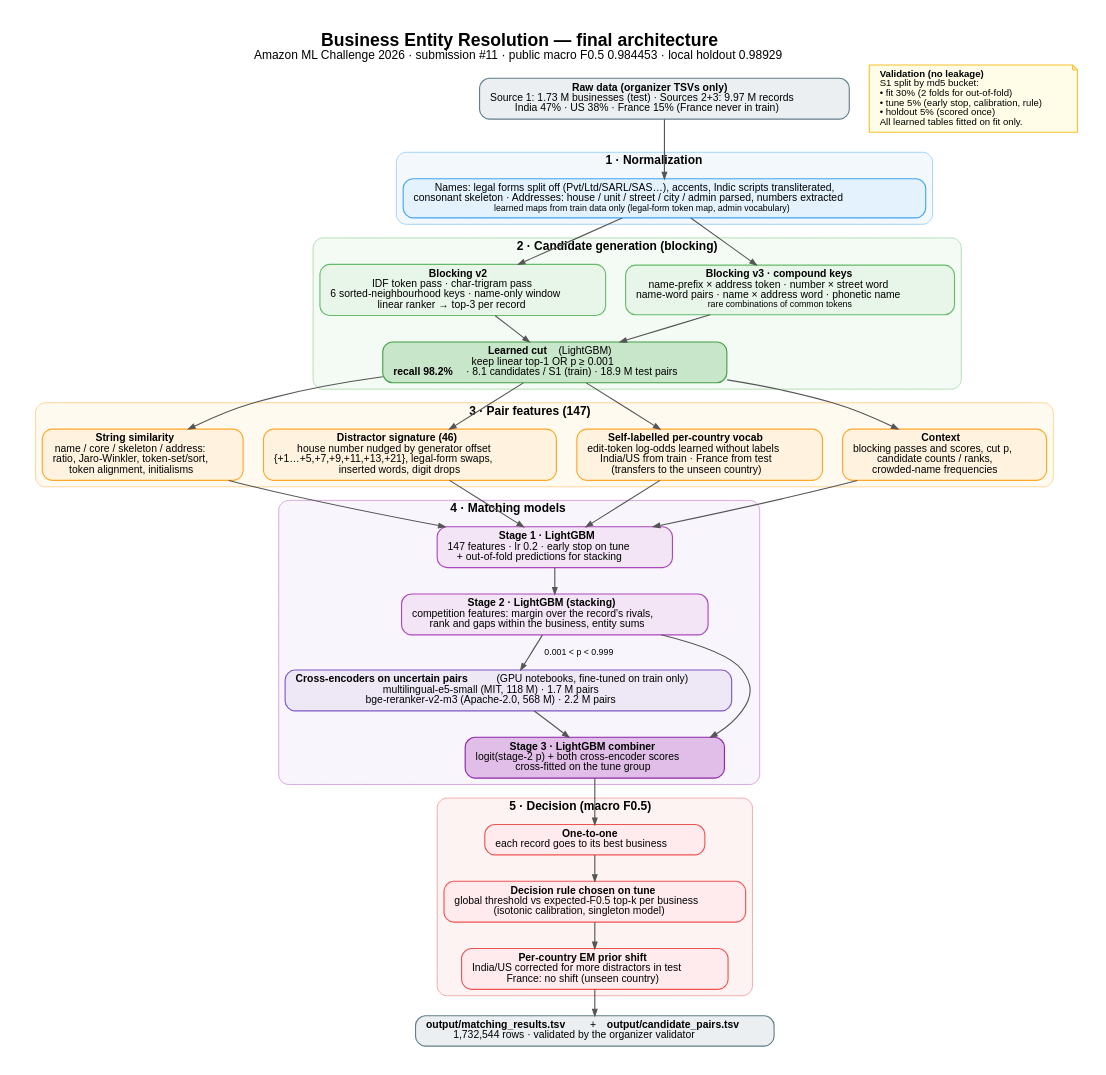
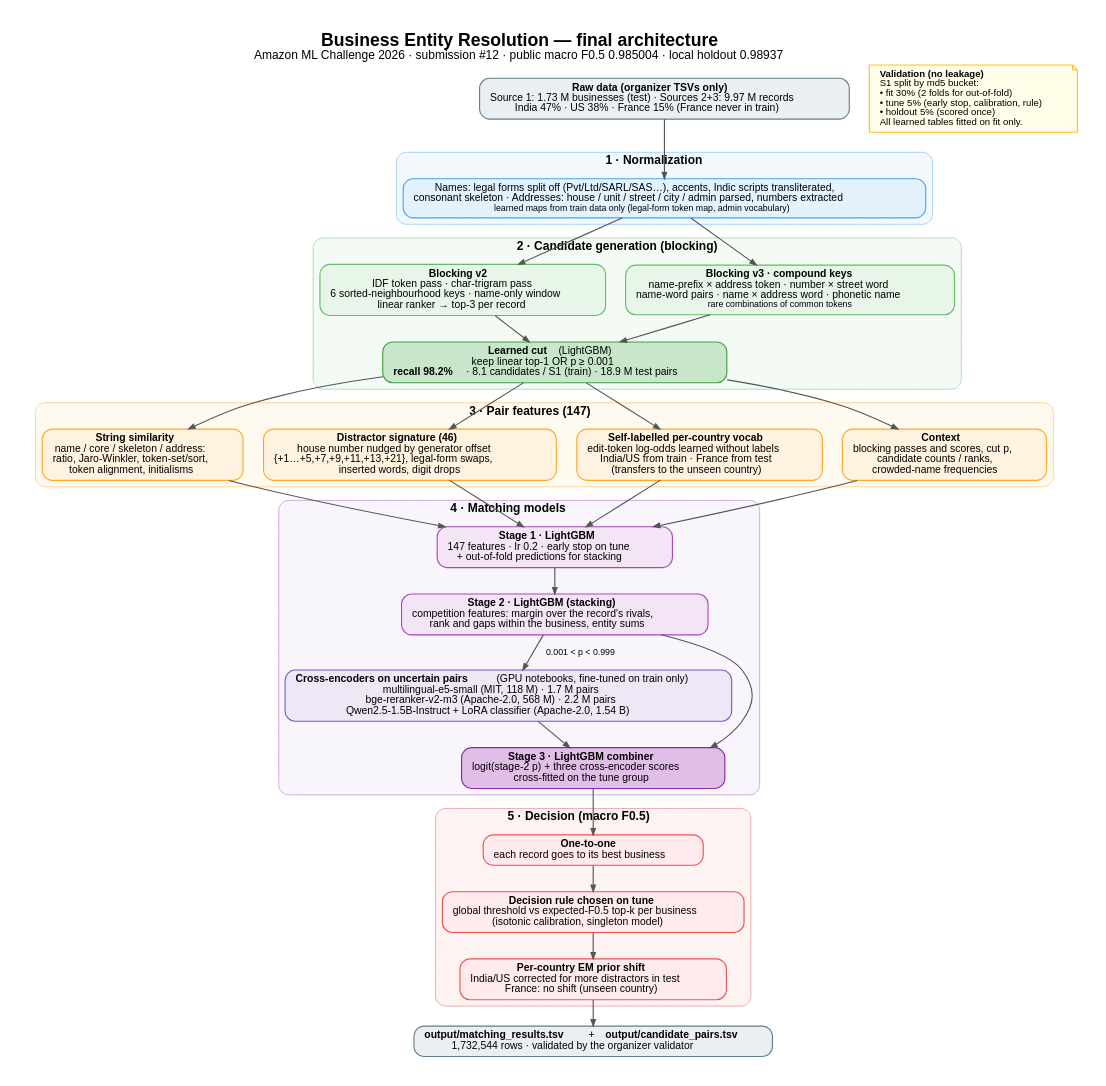
The diagram in docs/diagrams/final_architecture.dot (Dharaneswara-Reddy/amazon-ml-challenge-2026), drawn with Graphviz before and after one commit. The commit also changed 4 other files, not shown here.

Commit message:
Docs, README and diagram updated to best submission #12 (e5+bge+qwen); log stage-3 context experiment (not adopted)

```diff
--- a/docs/diagrams/final_architecture.dot
+++ b/docs/diagrams/final_architecture.dot
@@ -1,62 +1,62 @@
-// Final architecture of the submitted solution (#11, public 0.984453, local holdout 0.98929).
+// Final architecture of the submitted solution (#12, public 0.985004, local holdout 0.98937).
 // Render: dot -Tpng -Gdpi=180 final_architecture.dot -o final_architecture.png
 digraph arch {
   graph [rankdir=TB, fontname="Helvetica", fontsize=22, labelloc=t, nodesep=0.35, ranksep=0.45, pad=0.4,
-         label=<<B>Business Entity Resolution — final architecture</B><BR/><FONT POINT-SIZE="15">Amazon ML Challenge 2026 · submission #11 · public macro F0.5 0.984453 · local holdout 0.98929</FONT>>];
+         label=<<B>Business Entity Resolution — final architecture</B><BR/><FONT POINT-SIZE="15">Amazon ML Challenge 2026 · submission #12 · public macro F0.5 0.985004 · local holdout 0.98937</FONT>>];
   node  [shape=box, style="rounded,filled", fontname="Helvetica", fontsize=13, penwidth=1.4, margin="0.18,0.08"];
   edge  [color="#555555", penwidth=1.4, arrowsize=0.8, fontname="Helvetica", fontsize=11];
 
   input [label=<<B>Raw data (organizer TSVs only)</B><BR/>Source 1: 1.73 M businesses (test) · Sources 2+3: 9.97 M records<BR/>India 47% · US 38% · France 15% (France never in train)>, fillcolor="#eceff1", color="#607d8b"];
 
   subgraph cluster_norm {
     label=<<B>1 · Normalization</B>>; style="rounded,filled"; fillcolor="#f3f8fd"; color="#90caf9"; fontsize=15;
     norm [label=<Names: legal forms split off (Pvt/Ltd/SARL/SAS…), accents, Indic scripts transliterated,<BR/>consonant skeleton · Addresses: house / unit / street / city / admin parsed, numbers extracted<BR/><FONT POINT-SIZE="11">learned maps from train data only (legal-form token map, admin vocabulary)</FONT>>, fillcolor="#e3f2fd", color="#42a5f5"];
   }
 
   subgraph cluster_block {
     label=<<B>2 · Candidate generation (blocking)</B>>; style="rounded,filled"; fillcolor="#f3fbf4"; color="#a5d6a7"; fontsize=15;
     b2 [label=<<B>Blocking v2</B><BR/>IDF token pass · char-trigram pass<BR/>6 sorted-neighbourhood keys · name-only window<BR/>linear ranker → top-3 per record>, fillcolor="#e8f5e9", color="#66bb6a"];
     b3 [label=<<B>Blocking v3 · compound keys</B><BR/>name-prefix × address token · number × street word<BR/>name-word pairs · name × address word · phonetic name<BR/><FONT POINT-SIZE="11">rare combinations of common tokens</FONT>>, fillcolor="#e8f5e9", color="#66bb6a"];
     cut [label=<<B>Learned cut</B> (LightGBM)<BR/>keep linear top-1 OR p ≥ 0.001<BR/><B>recall 98.2%</B> · 8.1 candidates / S1 (train) · 18.9 M test pairs>, fillcolor="#c8e6c9", color="#43a047"];
     {rank=same; b2; b3}
   }
 
   subgraph cluster_feat {
     label=<<B>3 · Pair features (147)</B>>; style="rounded,filled"; fillcolor="#fffaf0"; color="#ffcc80"; fontsize=15;
     fs [label=<<B>String similarity</B><BR/>name / core / skeleton / address:<BR/>ratio, Jaro-Winkler, token-set/sort,<BR/>token alignment, initialisms>, fillcolor="#fff3e0", color="#ffa726"];
     fg [label=<<B>Distractor signature (46)</B><BR/>house number nudged by generator offset<BR/>{+1…+5,+7,+9,+11,+13,+21}, legal-form swaps,<BR/>inserted words, digit drops>, fillcolor="#fff3e0", color="#ffa726"];
     fv [label=<<B>Self-labelled per-country vocab</B><BR/>edit-token log-odds learned without labels<BR/>India/US from train · France from test<BR/>(transfers to the unseen country)>, fillcolor="#fff3e0", color="#ffa726"];
     fc [label=<<B>Context</B><BR/>blocking passes and scores, cut p,<BR/>candidate counts / ranks,<BR/>crowded-name frequencies>, fillcolor="#fff3e0", color="#ffa726"];
     {rank=same; fs; fg; fv; fc}
   }
 
   subgraph cluster_model {
     label=<<B>4 · Matching models</B>>; style="rounded,filled"; fillcolor="#f8f5fc"; color="#ce93d8"; fontsize=15;
     s1 [label=<<B>Stage 1 · LightGBM</B><BR/>147 features · lr 0.2 · early stop on tune<BR/>+ out-of-fold predictions for stacking>, fillcolor="#f3e5f5", color="#ab47bc"];
     s2 [label=<<B>Stage 2 · LightGBM (stacking)</B><BR/>competition features: margin over the record's rivals,<BR/>rank and gaps within the business, entity sums>, fillcolor="#f3e5f5", color="#ab47bc"];
-    ce [label=<<B>Cross-encoders on uncertain pairs</B> (GPU notebooks, fine-tuned on train only)<BR/>multilingual-e5-small (MIT, 118 M) · 1.7 M pairs<BR/>bge-reranker-v2-m3 (Apache-2.0, 568 M) · 2.2 M pairs>, fillcolor="#ede7f6", color="#7e57c2"];
-    s3 [label=<<B>Stage 3 · LightGBM combiner</B><BR/>logit(stage-2 p) + both cross-encoder scores<BR/>cross-fitted on the tune group>, fillcolor="#e1bee7", color="#8e24aa"];
+    ce [label=<<B>Cross-encoders on uncertain pairs</B> (GPU notebooks, fine-tuned on train only)<BR/>multilingual-e5-small (MIT, 118 M) · 1.7 M pairs<BR/>bge-reranker-v2-m3 (Apache-2.0, 568 M) · 2.2 M pairs<BR/>Qwen2.5-1.5B-Instruct + LoRA classifier (Apache-2.0, 1.54 B)>, fillcolor="#ede7f6", color="#7e57c2"];
+    s3 [label=<<B>Stage 3 · LightGBM combiner</B><BR/>logit(stage-2 p) + three cross-encoder scores<BR/>cross-fitted on the tune group>, fillcolor="#e1bee7", color="#8e24aa"];
   }
 
   subgraph cluster_dec {
     label=<<B>5 · Decision (macro F0.5)</B>>; style="rounded,filled"; fillcolor="#fdf3f3"; color="#ef9a9a"; fontsize=15;
     oto [label=<<B>One-to-one</B><BR/>each record goes to its best business>, fillcolor="#ffebee", color="#ef5350"];
     rule [label=<<B>Decision rule chosen on tune</B><BR/>global threshold vs expected-F0.5 top-k per business<BR/>(isotonic calibration, singleton model)>, fillcolor="#ffebee", color="#ef5350"];
     shift [label=<<B>Per-country EM prior shift</B><BR/>India/US corrected for more distractors in test<BR/>France: no shift (unseen country)>, fillcolor="#ffebee", color="#ef5350"];
   }
 
   out [label=<<B>output/matching_results.tsv</B> + <B>output/candidate_pairs.tsv</B><BR/>1,732,544 rows · validated by the organizer validator>, fillcolor="#eceff1", color="#607d8b"];
 
   val [shape=note, style="filled", fillcolor="#fffde7", color="#fbc02d", fontsize=12,
        label=<<B>Validation (no leakage)</B><BR ALIGN="LEFT"/>S1 split by md5 bucket:<BR ALIGN="LEFT"/>• fit 30% (2 folds for out-of-fold)<BR ALIGN="LEFT"/>• tune 5% (early stop, calibration, rule)<BR ALIGN="LEFT"/>• holdout 5% (scored once)<BR ALIGN="LEFT"/>All learned tables fitted on fit only.<BR ALIGN="LEFT"/>>];
 
   input -> norm;
   norm -> b2; norm -> b3;
   b2 -> cut; b3 -> cut;
   cut -> fs; cut -> fg; cut -> fv; cut -> fc;
   fs -> s1; fg -> s1; fv -> s1; fc -> s1;
   s1 -> s2;
   s2 -> ce [label="  0.001 < p < 0.999"];
   s2 -> s3; ce -> s3;
   s3 -> oto -> rule -> shift -> out;
 }
```
